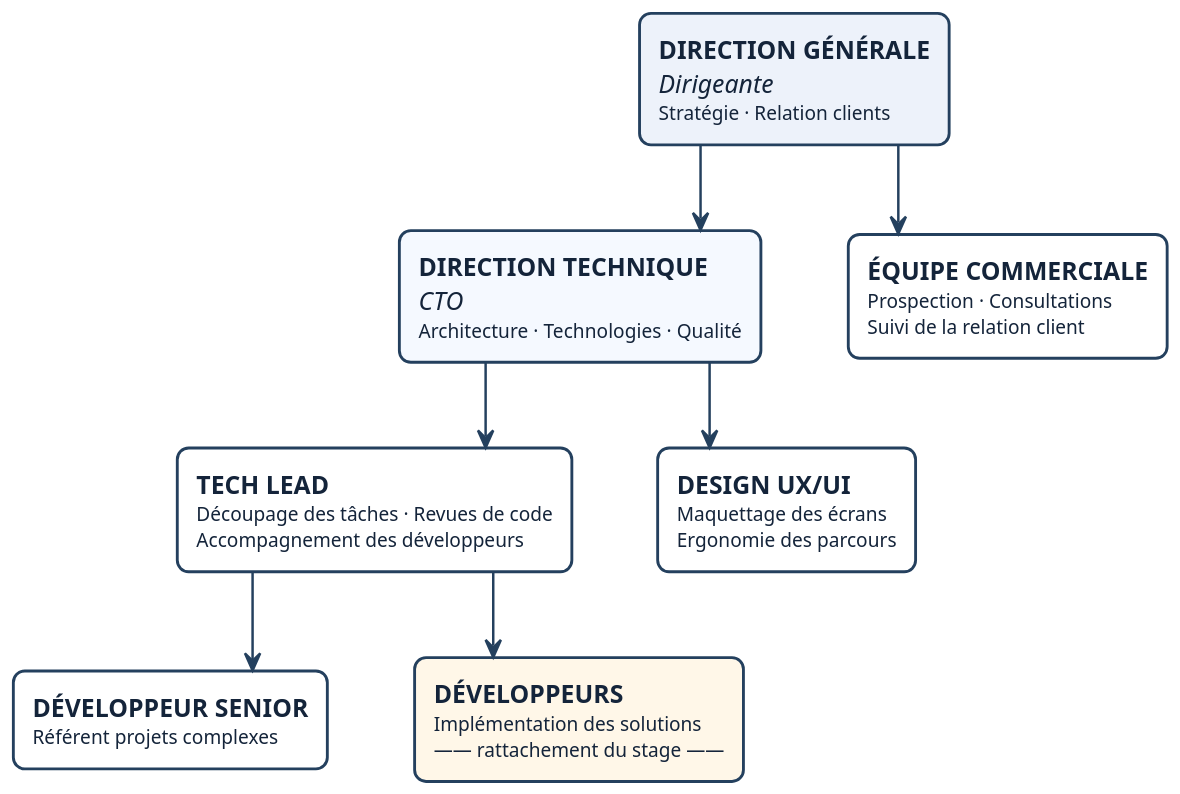
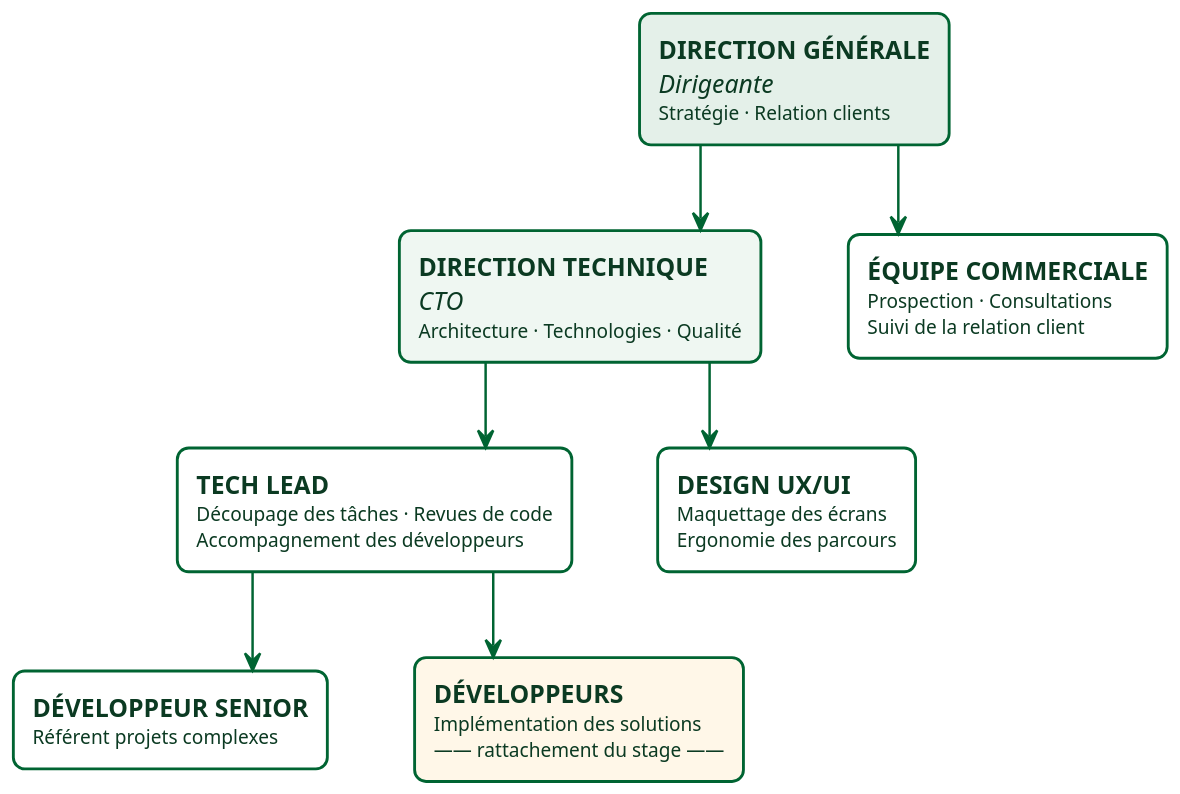
One commit to NodemBorel/memoire-m2 changed the diagram in diagrammes/organigramme_klivar.puml. Above: the diagram before and after it, drawn with PlantUML. The commit also changed 29 other files, not shown here.

```diff
--- a/diagrammes/organigramme_klivar.puml
+++ b/diagrammes/organigramme_klivar.puml
@@ -1,64 +1,64 @@
 @startuml organigramme_klivar
 ' ==============================================================
 '  Organigramme de l'entreprise KLIVAR — mémoire PlainteCam
 '  Correspond au texte du chapitre 1, section « Organigramme ».
 '
 '  COMPILATION
 '    - En ligne  : https://www.plantuml.com/plantuml/uml/
 '                  (coller ce fichier, puis télécharger le PNG)
 '    - En local  : java -jar plantuml.jar organigramme_klivar.puml
 '
 '  INSERTION DANS LE MÉMOIRE
 '    Renommer le PNG obtenu en  org2.png  et le déposer dans
 '    memoire/images/  — la figure du chapitre 1 se met à jour seule,
 '    aucune modification LaTeX n'est nécessaire.
 ' ==============================================================
 
 ' 150 dpi : le PNG par défaut (72 dpi) donne un texte flou à l'impression.
 skinparam dpi 150
 skinparam backgroundColor #FFFFFF
 skinparam shadowing false
 skinparam defaultFontName Helvetica
 skinparam defaultFontSize 13
 skinparam linetype ortho
-skinparam ArrowColor #24405E
+skinparam ArrowColor #006432
 skinparam ArrowThickness 1.3
 skinparam nodesep 45
 skinparam ranksep 45
 
 skinparam rectangle {
   BackgroundColor #FFFFFF
-  BorderColor #24405E
+  BorderColor #006432
   BorderThickness 1.5
-  FontColor #14243A
+  FontColor #0B3A22
   RoundCorner 12
 }
 
 ' ── Niveau 1 : direction ──────────────────────────────────────
-rectangle "**DIRECTION GÉNÉRALE**\n//Dirigeante//\n<size:10>Stratégie · Relation clients</size>" as DG #EDF2FA
+rectangle "**DIRECTION GÉNÉRALE**\n//Dirigeante//\n<size:10>Stratégie · Relation clients</size>" as DG #E4F0E9
 
 ' ── Niveau 2 : directions opérationnelles ─────────────────────
 ' Attention : une balise <size> ne peut pas enjamber un \n.
 ' Chaque ligne doit ouvrir et refermer la sienne.
-rectangle "**DIRECTION TECHNIQUE**\n//CTO//\n<size:10>Architecture · Technologies · Qualité</size>" as CTO #F5F9FF
+rectangle "**DIRECTION TECHNIQUE**\n//CTO//\n<size:10>Architecture · Technologies · Qualité</size>" as CTO #EFF7F2
 rectangle "**ÉQUIPE COMMERCIALE**\n<size:10>Prospection · Consultations</size>\n<size:10>Suivi de la relation client</size>" as COM
 
 ' ── Niveau 3 : encadrement technique et design ────────────────
 rectangle "**TECH LEAD**\n<size:10>Découpage des tâches · Revues de code</size>\n<size:10>Accompagnement des développeurs</size>" as TL
 rectangle "**DESIGN UX/UI**\n<size:10>Maquettage des écrans</size>\n<size:10>Ergonomie des parcours</size>" as UX
 
 ' ── Niveau 4 : équipe de développement ────────────────────────
 rectangle "**DÉVELOPPEUR SENIOR**\n<size:10>Référent projets complexes</size>" as SENIOR
 ' La boîte teintée signale le rattachement du stage : une « note »
 ' PlantUML tirerait un connecteur qui traverse le schéma.
 rectangle "**DÉVELOPPEURS**\n<size:10>Implémentation des solutions</size>\n<size:10>—— rattachement du stage ——</size>" as DEV #FFF7E8
 
 ' ── Liens hiérarchiques ───────────────────────────────────────
 DG   --> CTO
 DG   --> COM
 CTO  --> TL
 CTO  --> UX
 TL   --> SENIOR
 TL   --> DEV
 
 @enduml
```
